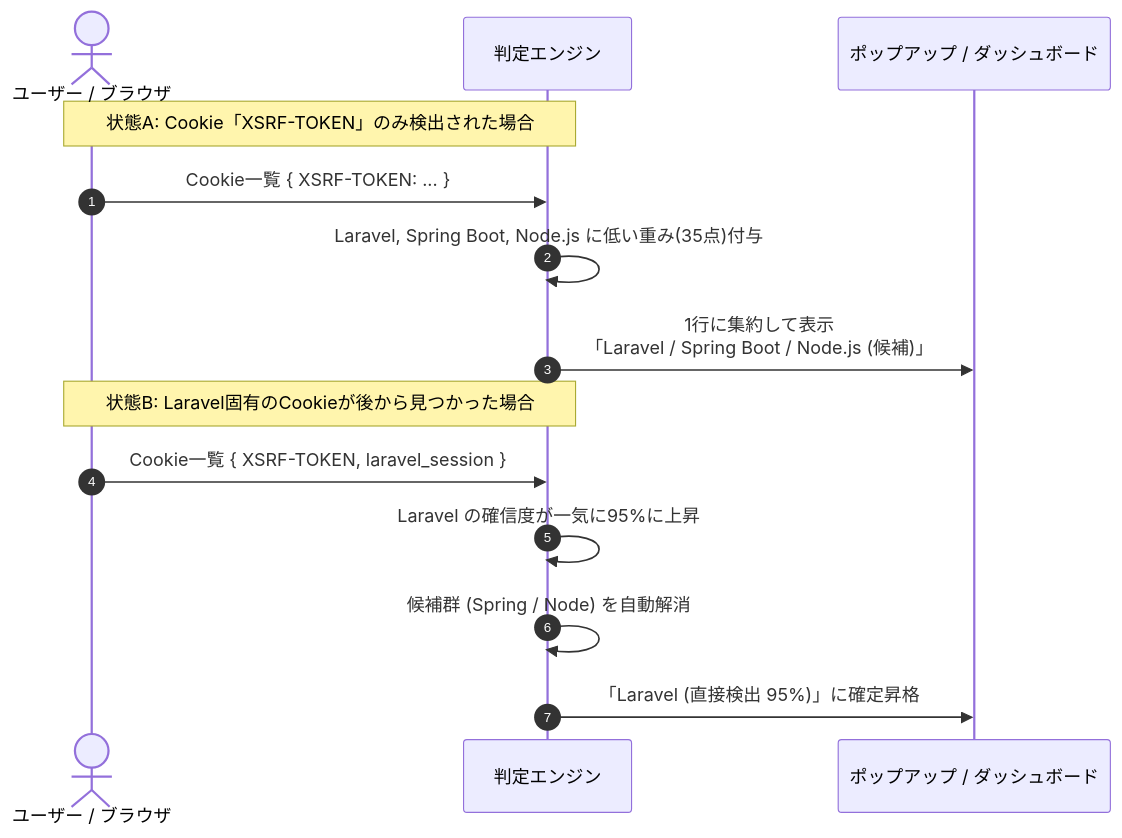
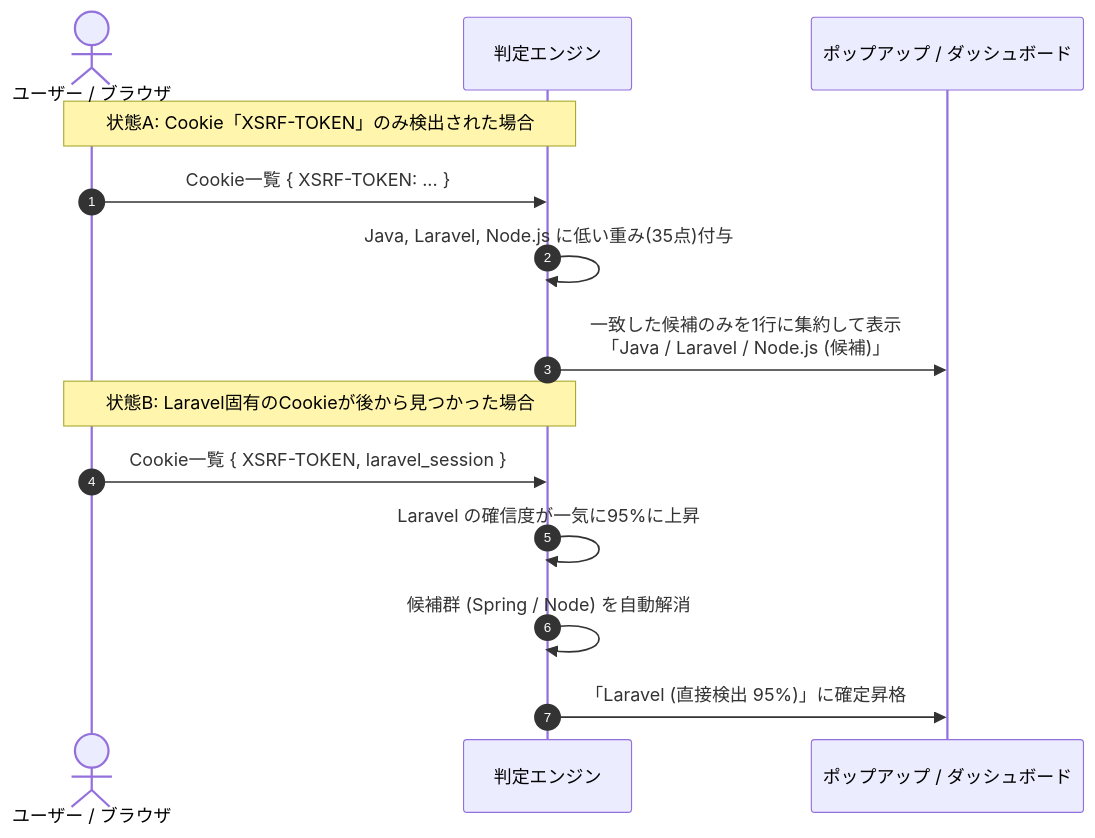
One commit to moritama/web-inspector changed the third of 3 diagrams in docs/DETECTION_SPECIFICATION.md. Above: the diagram before and after it, drawn with Mermaid. The commit also changed other lines of this file and 8 other files, not shown here.

````diff
--- a/docs/DETECTION_SPECIFICATION.md
+++ b/docs/DETECTION_SPECIFICATION.md
@@ -276,18 +307,18 @@
 ```mermaid
 sequenceDiagram
     autonumber
     actor User as ユーザー / ブラウザ
     participant Engine as 判定エンジン
     participant UI as ポップアップ / ダッシュボード
 
     Note over User,Engine: 状態A: Cookie「XSRF-TOKEN」のみ検出された場合
     User->>Engine: Cookie一覧 { XSRF-TOKEN: ... }
-    Engine->>Engine: Laravel, Spring Boot, Node.js に低い重み(35点)付与
-    Engine->>UI: 1行に集約して表示<br/>「Laravel / Spring Boot / Node.js (候補)」
+    Engine->>Engine: Java, Laravel, Node.js に低い重み(35点)付与
+    Engine->>UI: 一致した候補のみを1行に集約して表示<br/>「Java / Laravel / Node.js (候補)」
 
     Note over User,Engine: 状態B: Laravel固有のCookieが後から見つかった場合
     User->>Engine: Cookie一覧 { XSRF-TOKEN, laravel_session }
     Engine->>Engine: Laravel の確信度が一気に95%に上昇
     Engine->>Engine: 候補群 (Spring / Node) を自動解消
     Engine->>UI: 「Laravel (直接検出 95%)」に確定昇格
 ```
````
